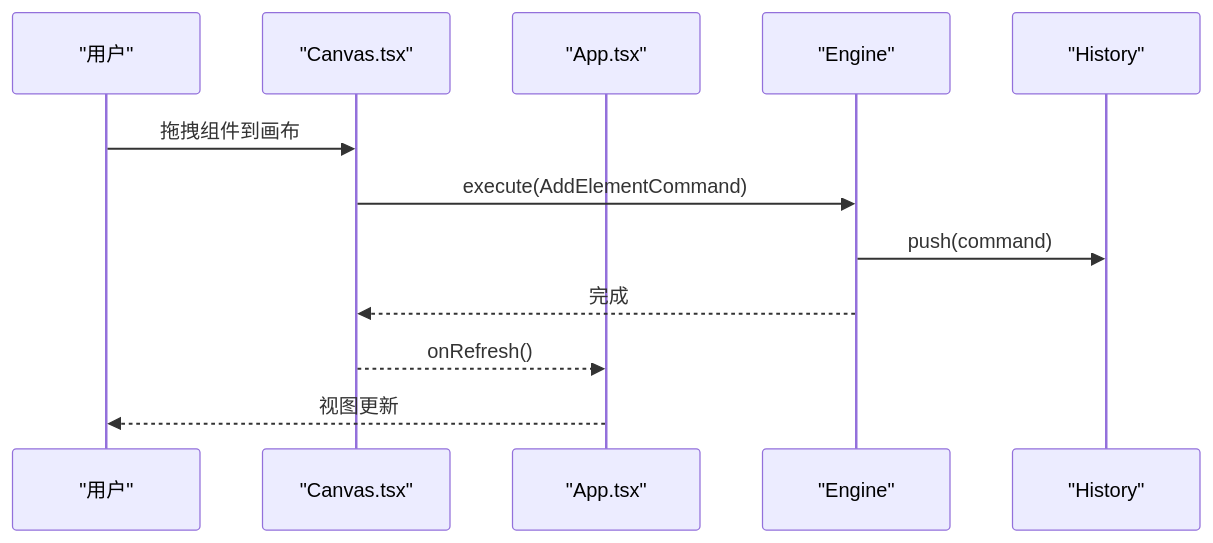
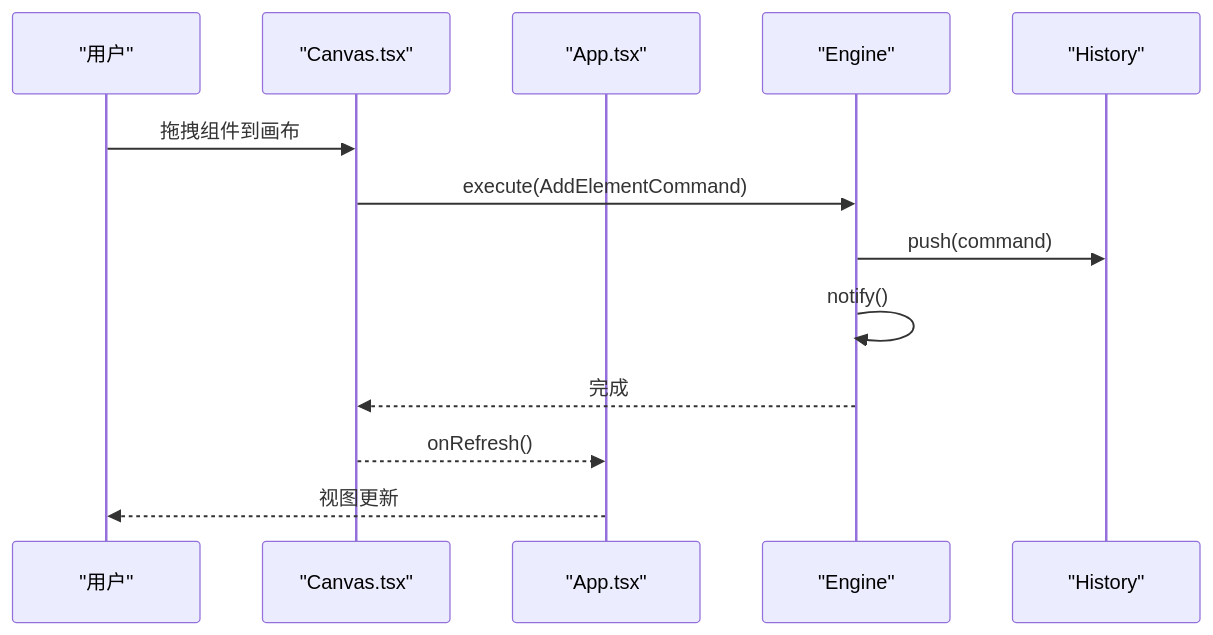
One commit to Anna0314zy/ai_editor_enginer changed the ninth of 11 diagrams in .qoder/repowiki/zh/content/核心架构/核心架构.md. Above: the diagram before and after it, drawn with Mermaid. The commit also changed other lines of this file and 7 other files, not shown here.

````diff
--- a/.qoder/repowiki/zh/content/核心架构/核心架构.md
+++ b/.qoder/repowiki/zh/content/核心架构/核心架构.md
@@ -334,14 +504,15 @@
 ```mermaid
 sequenceDiagram
 participant User as "用户"
 participant Canvas as "Canvas.tsx"
 participant App as "App.tsx"
 participant Eng as "Engine"
 participant Hist as "History"
 User->>Canvas : 拖拽组件到画布
 Canvas->>Eng : execute(AddElementCommand)
 Eng->>Hist : push(command)
+Eng->>Eng : notify()
 Eng-->>Canvas : 完成
 Canvas-->>App : onRefresh()
 App-->>User : 视图更新
 ```
````
